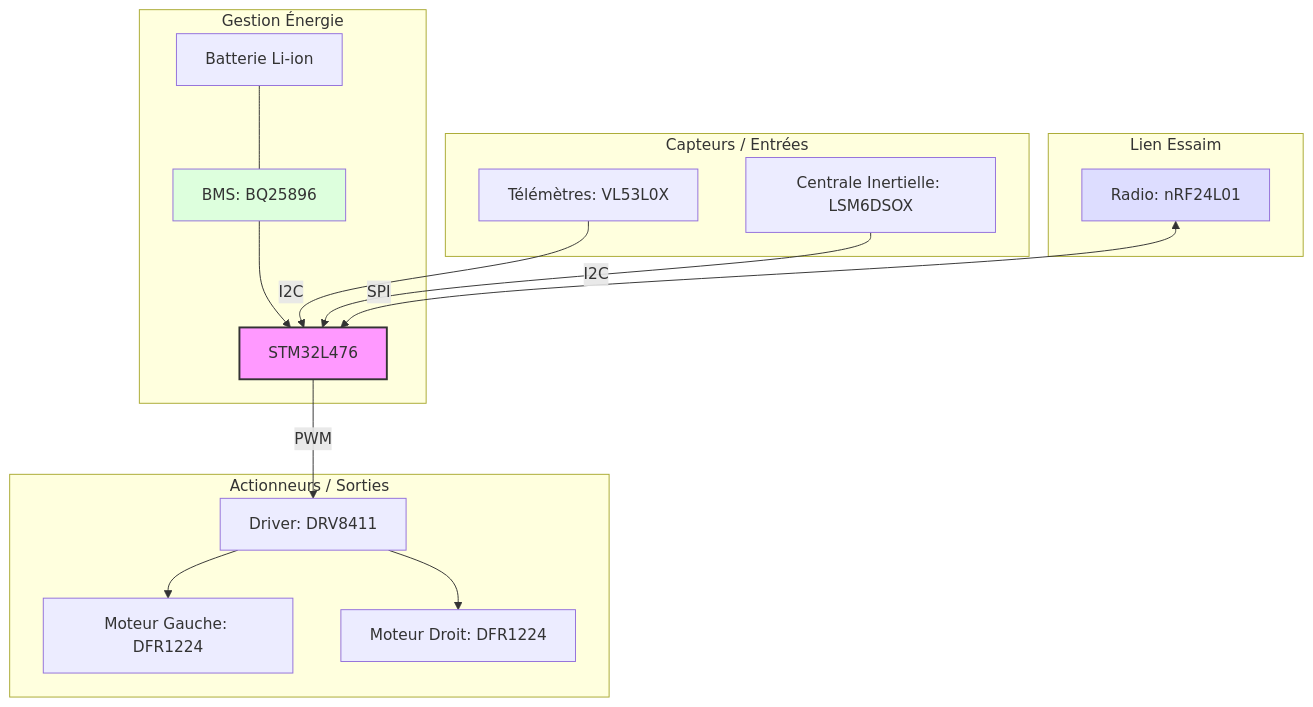
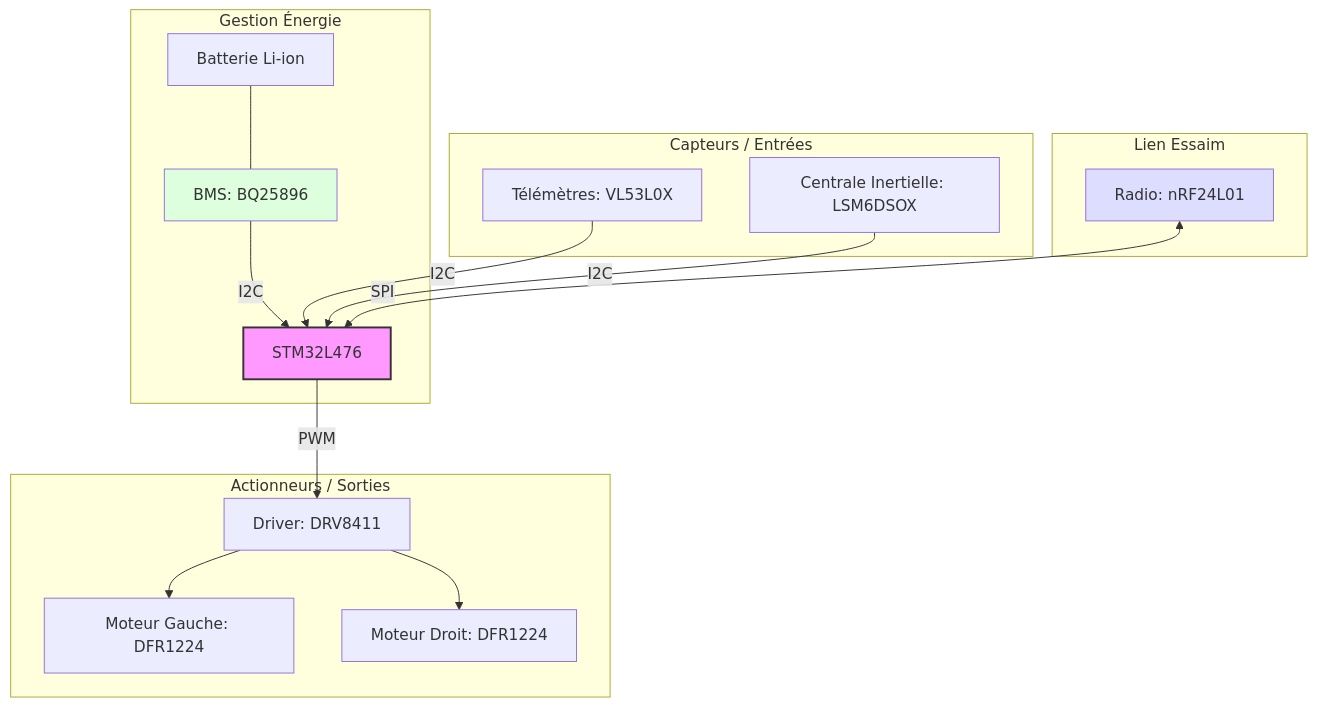
The diagram in README.md (theocond48/2526_Projet1A_PcBot_G5), drawn with Mermaid before and after one commit.

````diff
--- a/README.md
+++ b/README.md
@@ -87,31 +87,31 @@
 ```mermaid
 graph TD
     %% Alimentation
     subgraph Power_System [Gestion Énergie]
         BAT[Batterie Li-ion] --- BMS[BMS: BQ25896]
-        BMS --> MCU[STM32L476]
+        BMS -- I2C --> MCU[STM32L476]
     end
 
     %% Capteurs
     subgraph Perception [Capteurs / Entrées]
         TOF[Télémètres: VL53L0X] -- I2C --> MCU
         IMU[Centrale Inertielle: LSM6DSOX] -- I2C --> MCU
     end
 
     %% Communication
     subgraph Comms [Lien Essaim]
         nRF[Radio: nRF24L01] <-->|SPI| MCU
     end
 
     %% Actionneurs
     subgraph Motion [Actionneurs / Sorties]
         MCU -- PWM --> DRV[Driver: DRV8411]
         DRV --> M1[Moteur Gauche: DFR1224]
         DRV --> M2[Moteur Droit: DFR1224]
     end
 
     %% Styles
     style MCU fill:#f9f,stroke:#333,stroke-width:2px
     style BMS fill:#dfd
     style nRF fill:#ddf
 ```
````
